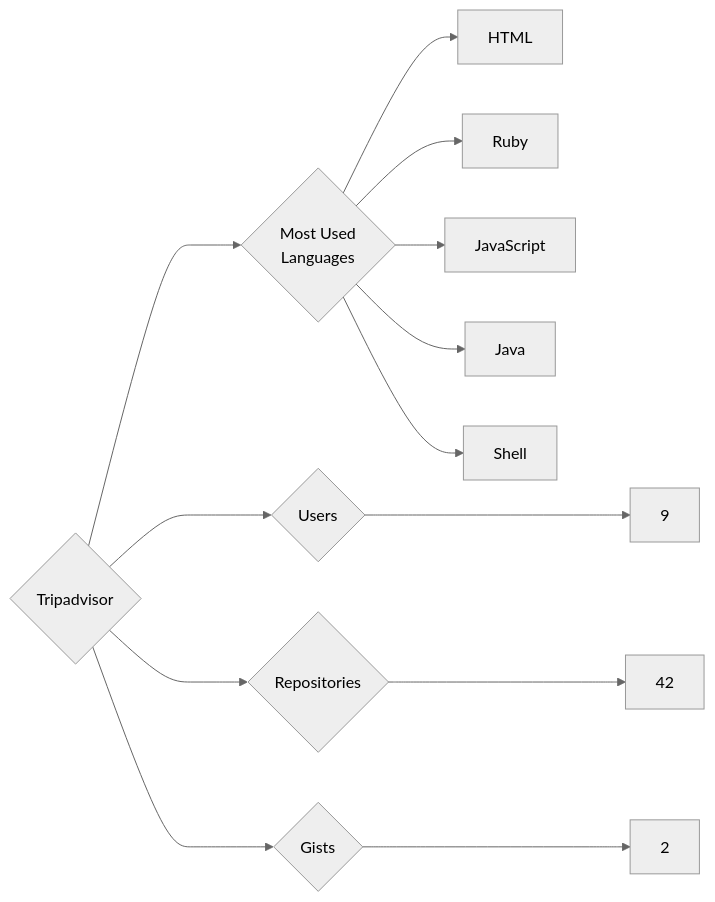
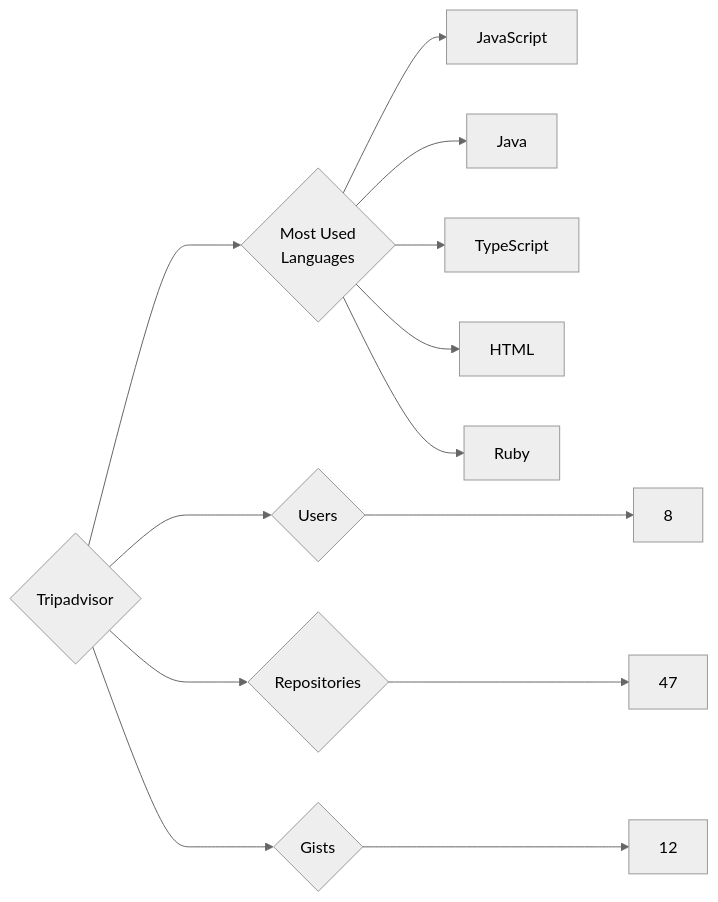
Before and after one commit to trickest/insiders: the diagram in targets/Tripadvisor/README.md, drawn with Mermaid (neutral theme). The commit also changed 1508 other files, not shown here.

````diff
--- a/targets/Tripadvisor/README.md
+++ b/targets/Tripadvisor/README.md
@@ -3,13 +3,13 @@
 ```mermaid
 graph LR
 COMPANY_NAME{Tripadvisor}
-COMPANY_NAME ---> U{Users} ---> UN[9]
-COMPANY_NAME ---> R{Repositories} ---> RN[42]
-COMPANY_NAME ---> G{Gists} ---> GN[2]
+COMPANY_NAME ---> U{Users} ---> UN[8]
+COMPANY_NAME ---> R{Repositories} ---> RN[47]
+COMPANY_NAME ---> G{Gists} ---> GN[12]
 COMPANY_NAME ---> ML{Most Used<br>Languages}
+ML --> JavaScript[JavaScript]
+ML --> Java[Java]
+ML --> TypeScript[TypeScript]
 ML --> HTML[HTML]
 ML --> Ruby[Ruby]
-ML --> JavaScript[JavaScript]
-ML --> Java[Java]
-ML --> Shell[Shell]
 ```
````
